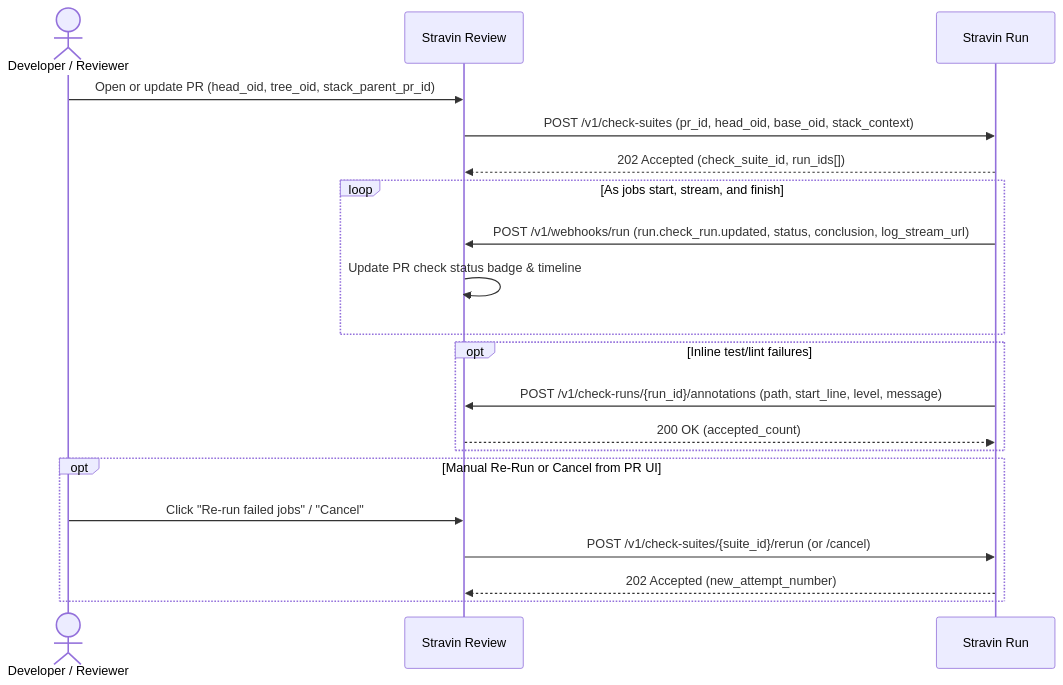
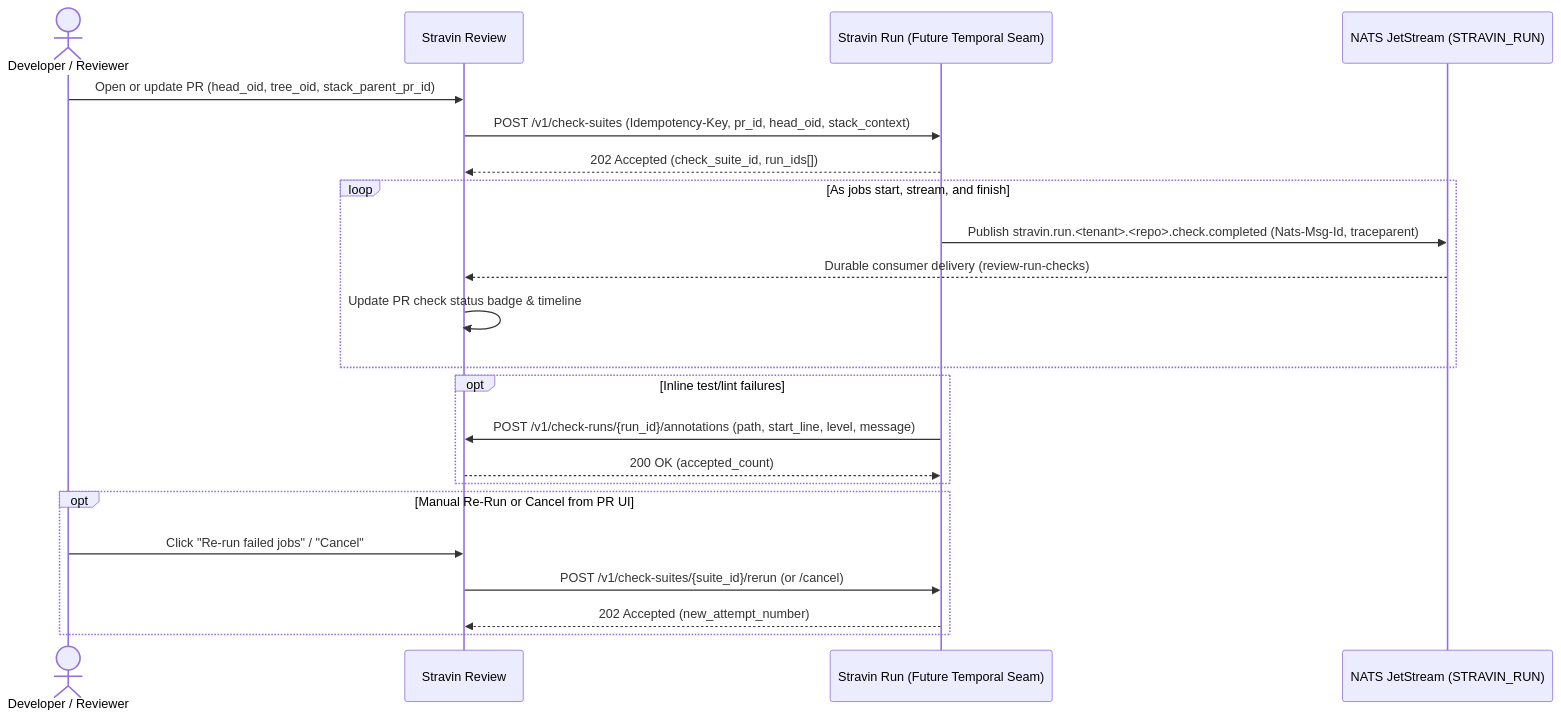
One commit to stravin-dev/architecture changed the diagram in docs/interfaces/review-run.md. Above: the diagram before and after it, drawn with Mermaid. The commit also changed other lines of this file and 13 other files, not shown here.

Commit message:
docs: add ADR-0001 (Cilium, NATS JetStream, External Webhooks, Temporal seam) and update interface contracts

````diff
--- a/docs/interfaces/review-run.md
+++ b/docs/interfaces/review-run.md
@@ -17,26 +17,28 @@
 ```mermaid
 sequenceDiagram
     actor Dev as Developer / Reviewer
     participant Review as Stravin Review
-    participant Run as Stravin Run
+    participant Run as Stravin Run (Future Temporal Seam)
+    participant NATS as NATS JetStream (STRAVIN_RUN)
 
     Dev->>Review: Open or update PR (head_oid, tree_oid, stack_parent_pr_id)
-    Review->>Run: POST /v1/check-suites (pr_id, head_oid, base_oid, stack_context)
+    Review->>Run: POST /v1/check-suites (Idempotency-Key, pr_id, head_oid, stack_context)
     Run-->>Review: 202 Accepted (check_suite_id, run_ids[])
 
     loop As jobs start, stream, and finish
-        Run->>Review: POST /v1/webhooks/run (run.check_run.updated, status, conclusion, log_stream_url)
+        Run->>NATS: Publish stravin.run.<tenant>.<repo>.check.completed (Nats-Msg-Id, traceparent)
+        NATS-->>Review: Durable consumer delivery (review-run-checks)
         Review->>Review: Update PR check status badge & timeline
     end
 
     opt Inline test/lint failures
         Run->>Review: POST /v1/check-runs/{run_id}/annotations (path, start_line, level, message)
         Review-->>Run: 200 OK (accepted_count)
     end
 
     opt Manual Re-Run or Cancel from PR UI
         Dev->>Review: Click "Re-run failed jobs" / "Cancel"
         Review->>Run: POST /v1/check-suites/{suite_id}/rerun (or /cancel)
         Run-->>Review: 202 Accepted (new_attempt_number)
     end
 ```
````
